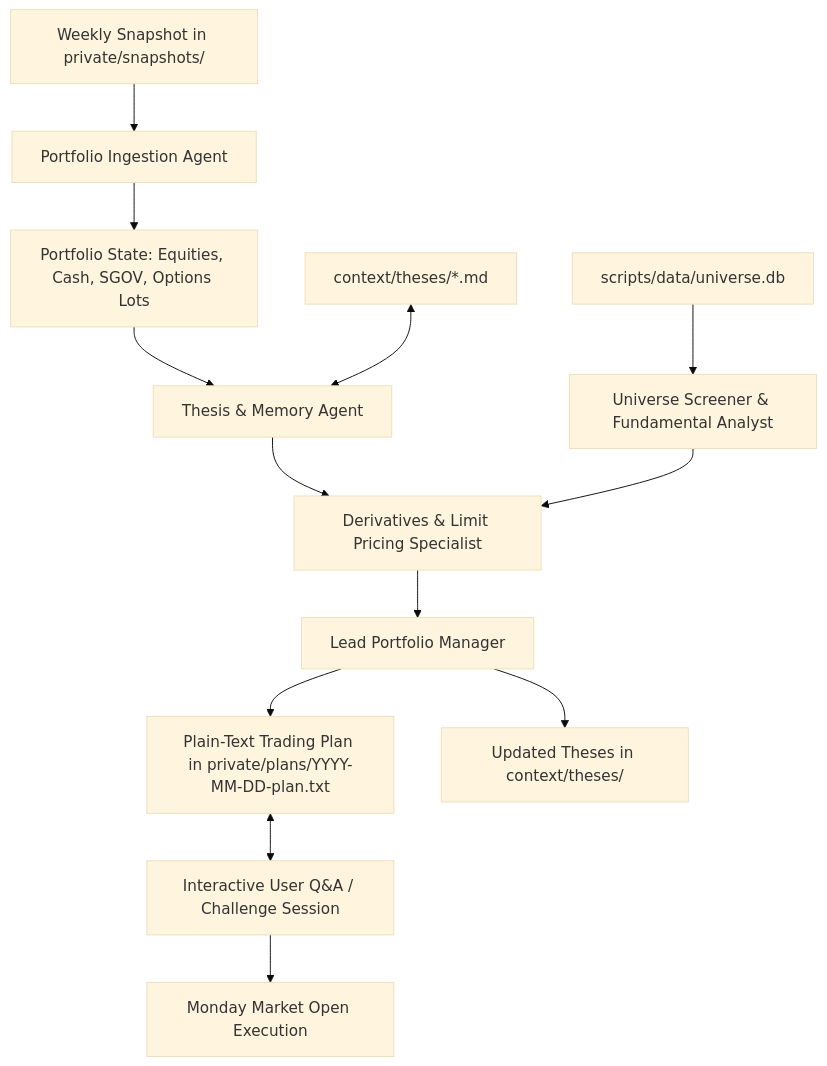
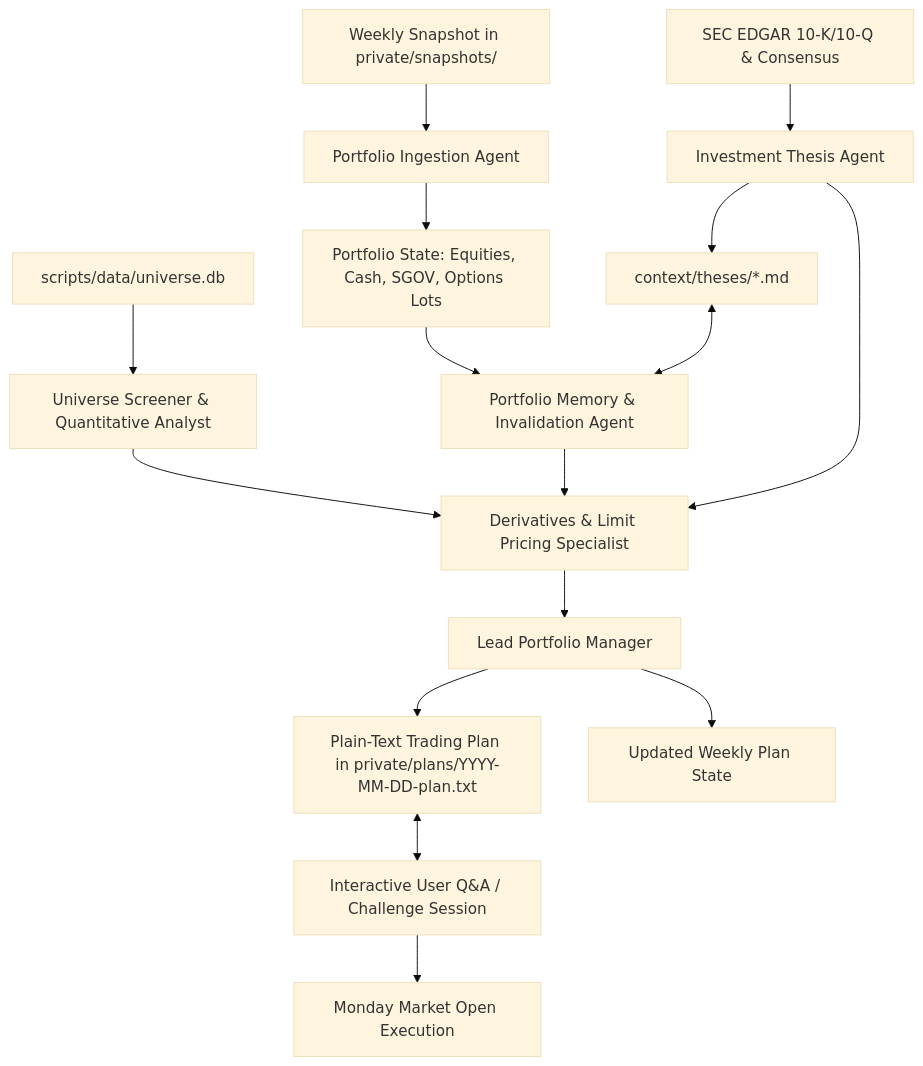
One commit to greenermoose/investments changed the diagram in README.md. Above: the diagram before and after it, drawn with Mermaid (base theme). The commit also changed other lines of this file and 15 other files, not shown here.

Commit message:
feat: implement institutional investment thesis framework with automated validation, schema-driven dossier creation, and specialized sub-agent architecture.

````diff
--- a/README.md
+++ b/README.md
@@ -61,19 +61,23 @@
 ```mermaid
 flowchart TD
     A[Weekly Snapshot in private/snapshots/] --> B[Portfolio Ingestion Agent]
     B --> C[Portfolio State: Equities, Cash, SGOV, Options Lots]
     
-    C --> D[Thesis & Memory Agent]
-    E[context/theses/*.md] <--> D
+    F[scripts/data/universe.db] --> G[Universe Screener & Quantitative Analyst]
     
-    F[scripts/data/universe.db] --> G[Universe Screener & Fundamental Analyst]
+    SEC[SEC EDGAR 10-K/10-Q & Consensus] --> TH[Investment Thesis Agent]
+    TH --> E[context/theses/*.md]
     
-    D --> H[Derivatives & Limit Pricing Specialist]
-    G --> H
+    C --> MEM[Portfolio Memory & Invalidation Agent]
+    E <--> MEM
+    
+    G --> H[Derivatives & Limit Pricing Specialist]
+    MEM --> H
+    TH --> H
     
     H --> I[Lead Portfolio Manager]
     I --> J[Plain-Text Trading Plan in private/plans/YYYY-MM-DD-plan.txt]
-    I --> K[Updated Theses in context/theses/]
+    I --> K[Updated Weekly Plan State]
     J <--> L[Interactive User Q&A / Challenge Session]
     L --> M[Monday Market Open Execution]
 ```
````
